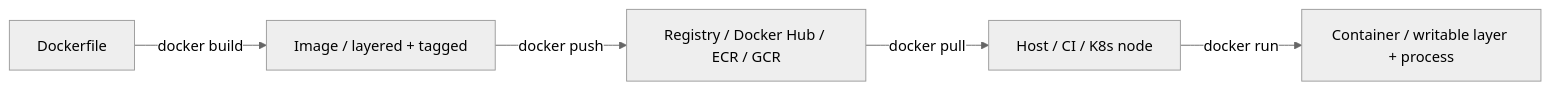
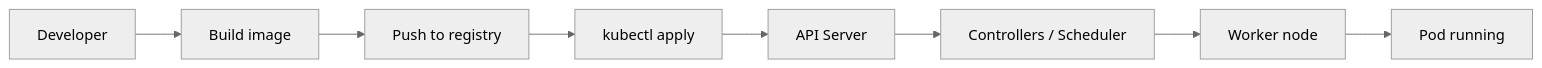
The seventh of 24 diagrams in 11-cloud-and-kubernetes/README.md (hareramcse/SystemDesign), drawn with Mermaid (neutral theme) before and after one commit. The commit also changed other lines of this file, not shown here.

````diff
--- a/11-cloud-and-kubernetes/README.md
+++ b/11-cloud-and-kubernetes/README.md
@@ -842,7 +3069,10 @@
 ```mermaid
 flowchart LR
-    DF[Dockerfile] -->|docker build| Image[Image / layered + tagged]
-    Image -->|docker push| Reg[Registry / Docker Hub / ECR / GCR]
-    Reg -->|docker pull| Node[Host / CI / K8s node]
-    Node -->|docker run| C[Container / writable layer + process]
+    Dev[Developer] --> Build[Build image]
+    Build --> Reg[Push to registry]
+    Reg --> Apply[kubectl apply]
+    Apply --> API[API Server]
+    API --> Ctrl[Controllers / Scheduler]
+    Ctrl --> Node[Worker node]
+    Node --> Run[Pod running]
 ```
````
